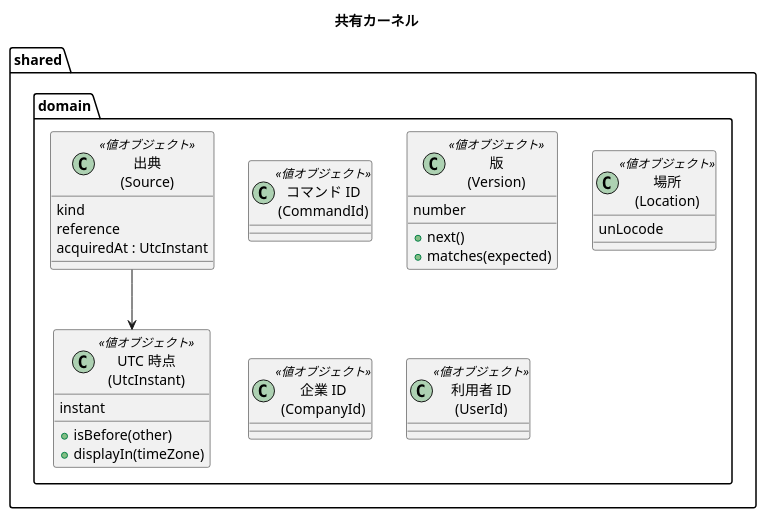
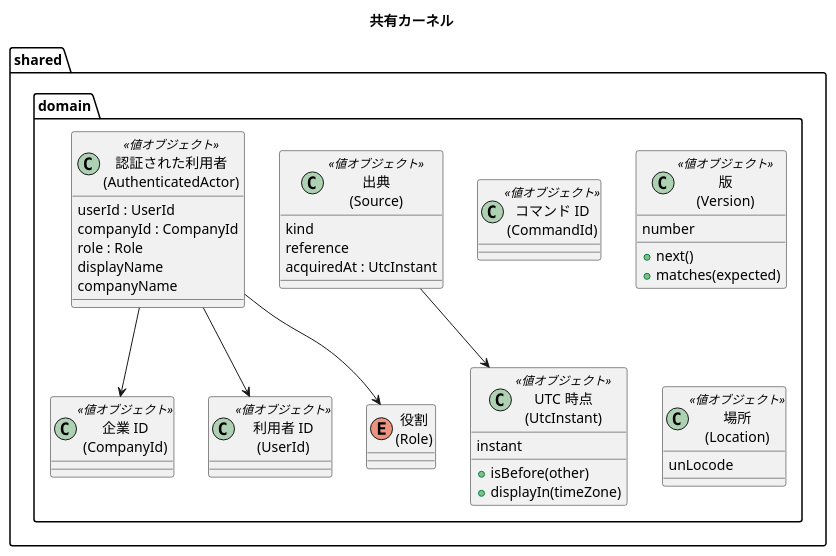
The second of 15 diagrams in docs/design/cargo-tracker/domain_model.md (k2works/practical-domain-driven-design-in-enterpris-application), drawn with PlantUML before and after one commit. The commit also changed other lines of this file and 10 other files, not shown here.

````diff
--- a/docs/design/cargo-tracker/domain_model.md
+++ b/docs/design/cargo-tracker/domain_model.md
@@ -169,29 +170,40 @@
 ```plantuml
 @startuml
 title 共有カーネル
 package "shared.domain" {
   class "UTC 時点\n(UtcInstant)" as UtcInstant <<値オブジェクト>> {
     instant
     + isBefore(other)
     + displayIn(timeZone)
   }
   class "コマンド ID\n(CommandId)" as CommandId <<値オブジェクト>>
   class "版\n(Version)" as Version <<値オブジェクト>> {
     number
     + next()
     + matches(expected)
   }
   class "場所\n(Location)" as Location <<値オブジェクト>> {
     unLocode
   }
   class "出典\n(Source)" as Source <<値オブジェクト>> {
     kind
     reference
     acquiredAt : UtcInstant
   }
   class "企業 ID\n(CompanyId)" as CompanyId <<値オブジェクト>>
   class "利用者 ID\n(UserId)" as UserId <<値オブジェクト>>
+  enum "役割\n(Role)" as Role
+  class "認証された利用者\n(AuthenticatedActor)" as AuthenticatedActor <<値オブジェクト>> {
+    userId : UserId
+    companyId : CompanyId
+    role : Role
+    displayName
+    companyName
+  }
 }
+AuthenticatedActor --> UserId
+AuthenticatedActor --> CompanyId
+AuthenticatedActor --> Role
 Source --> UtcInstant
 @enduml
 ```
````
